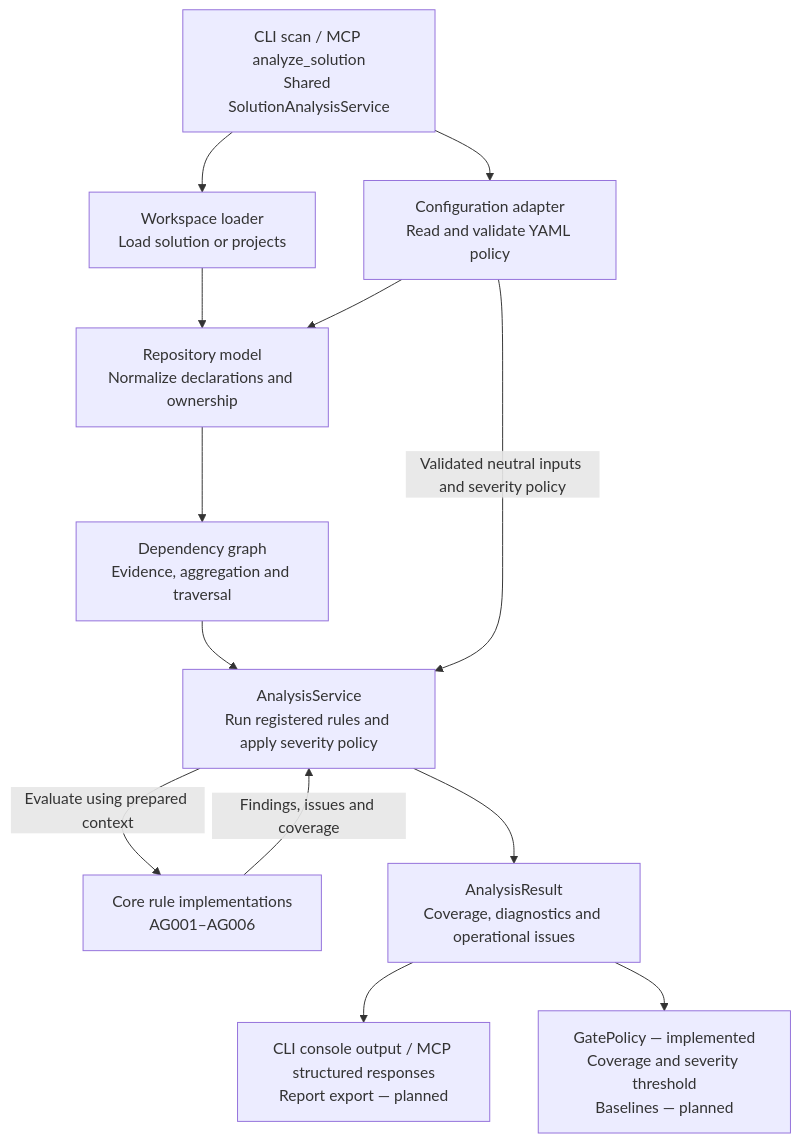
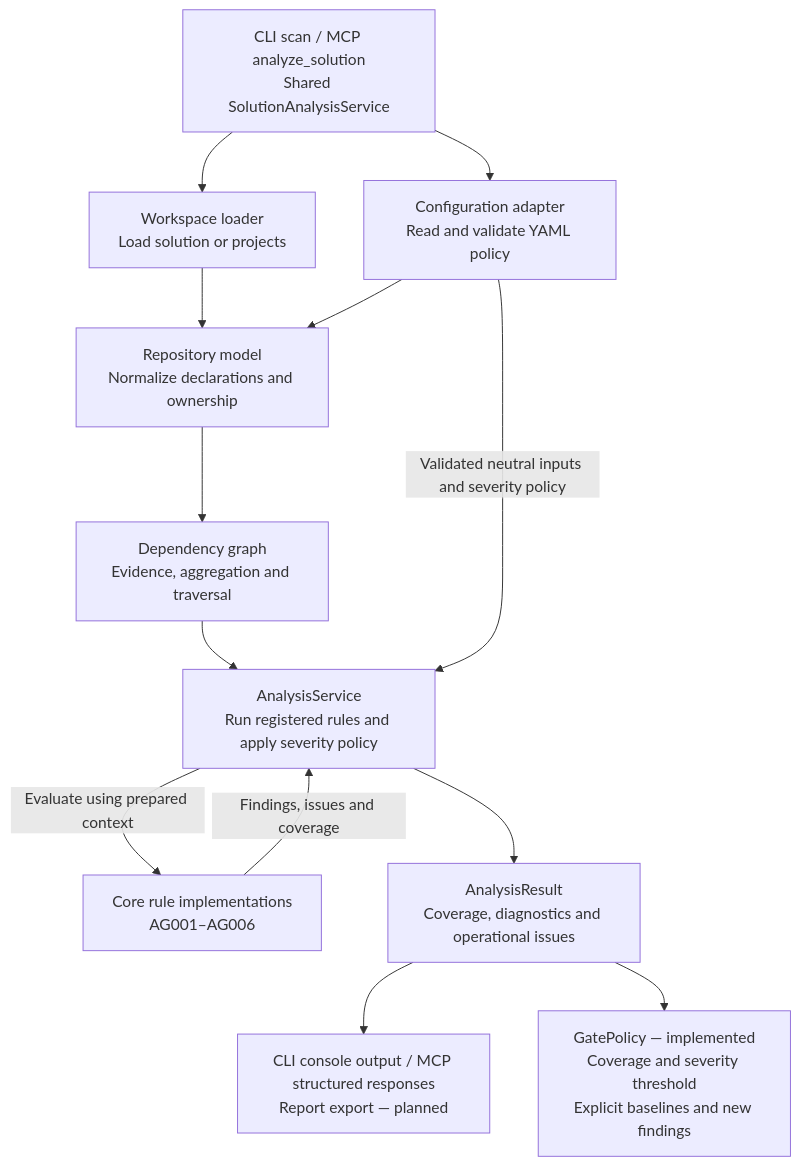
Before and after one commit to kbourzayq/arch-guard: the second of 3 diagrams in docs/architecture/overview.md, drawn with Mermaid. The commit also changed other lines of this file and 20 other files, not shown here.

````diff
--- a/docs/architecture/overview.md
+++ b/docs/architecture/overview.md
@@ -154,26 +154,26 @@
 ```mermaid
 flowchart TD
     Host["CLI scan / MCP analyze_solution<br/>Shared SolutionAnalysisService"]
     Configuration["Configuration adapter<br/>Read and validate YAML policy"]
     Workspace["Workspace loader<br/>Load solution or projects"]
     Context["Repository model<br/>Normalize declarations and ownership"]
     Graph["Dependency graph<br/>Evidence, aggregation and traversal"]
     Service["AnalysisService<br/>Run registered rules and apply severity policy"]
     Rules["Core rule implementations<br/>AG001–AG006"]
     Result["AnalysisResult<br/>Coverage, diagnostics and operational issues"]
     Output["CLI console output / MCP structured responses<br/>Report export — planned"]
-    Gate["GatePolicy — implemented<br/>Coverage and severity threshold<br/>Baselines — planned"]
+    Gate["GatePolicy — implemented<br/>Coverage and severity threshold<br/>Explicit baselines and new findings"]
 
     Host --> Configuration
     Host --> Workspace
     Workspace --> Context
     Configuration --> Context
     Context --> Graph
     Graph --> Service
     Configuration -->|"Validated neutral inputs and severity policy"| Service
     Service -->|"Evaluate using prepared context"| Rules
     Rules -->|"Findings, issues and coverage"| Service
     Service --> Result
     Result --> Output
     Result --> Gate
 ```
````
